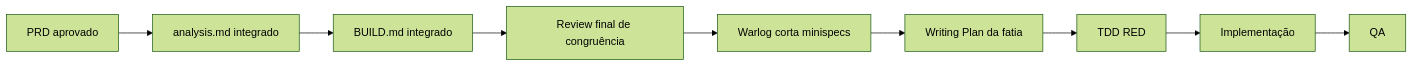
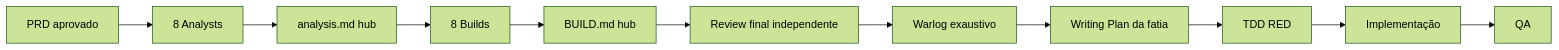
One commit to nmarcofernandess/antessala changed the diagram in README.md. Above: the diagram before and after it, drawn with Mermaid (forest theme). The commit also changed other lines of this file and 29 other files, not shown here.

````diff
--- a/README.md
+++ b/README.md
@@ -108,11 +96,13 @@
 ```mermaid
 flowchart LR
-    PRD["PRD aprovado"] --> ANALYST["analysis.md integrado"]
-    ANALYST --> BUILD["BUILD.md integrado"]
-    BUILD --> REVIEW["Review final de congruência"]
-    REVIEW --> WARLOG["Warlog corta minispecs"]
-    WARLOG --> WP["Writing Plan da fatia"]
-    WP --> RED["TDD RED"]
+    PRD["PRD aprovado"] --> A["8 Analysts"]
+    A --> AH["analysis.md hub"]
+    AH --> B["8 Builds"]
+    B --> BH["BUILD.md hub"]
+    BH --> REVIEW["Review final independente"]
+    REVIEW --> WARLOG["Warlog exaustivo"]
+    WARLOG --> PLAN["Writing Plan da fatia"]
+    PLAN --> RED["TDD RED"]
     RED --> CODE["Implementação"]
     CODE --> QA["QA"]
 ```
````
